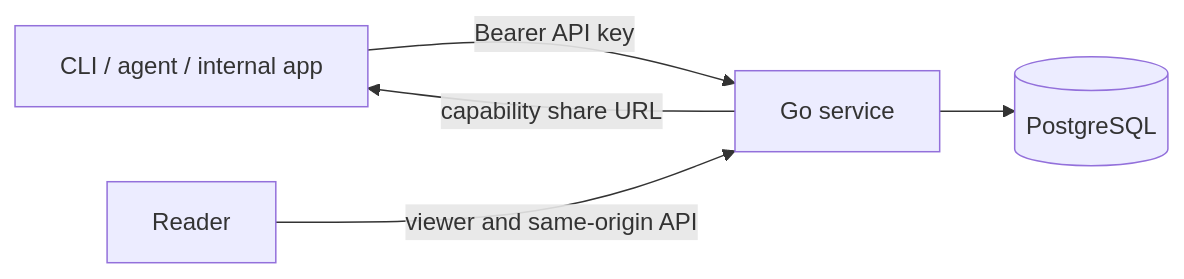
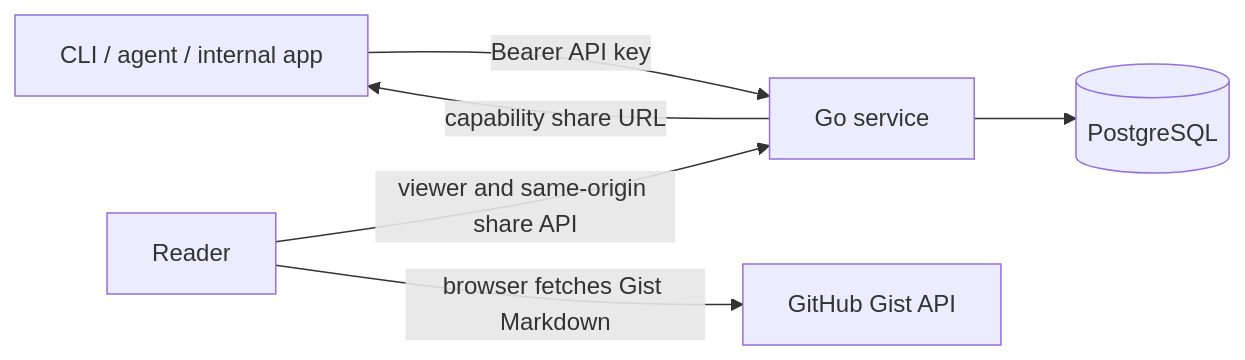
The first of 2 diagrams in README.md (narumiruna/morsel), drawn with Mermaid before and after one commit. The commit also changed other lines of this file and 15 other files, not shown here.

Commit message:
feat(gist): render markdown from GitHub Gists

````diff
--- a/README.md
+++ b/README.md
@@ -116,7 +134,8 @@
 ```mermaid
 flowchart LR
     Client[CLI / agent / internal app] -->|Bearer API key| Morsel[Go service]
-    Reader[Reader] -->|viewer and same-origin API| Morsel
+    Reader[Reader] -->|viewer and same-origin share API| Morsel
+    Reader -->|browser fetches Gist Markdown| GitHub[GitHub Gist API]
     Morsel --> DB[(PostgreSQL)]
     Morsel -->|capability share URL| Client
 ```
````
